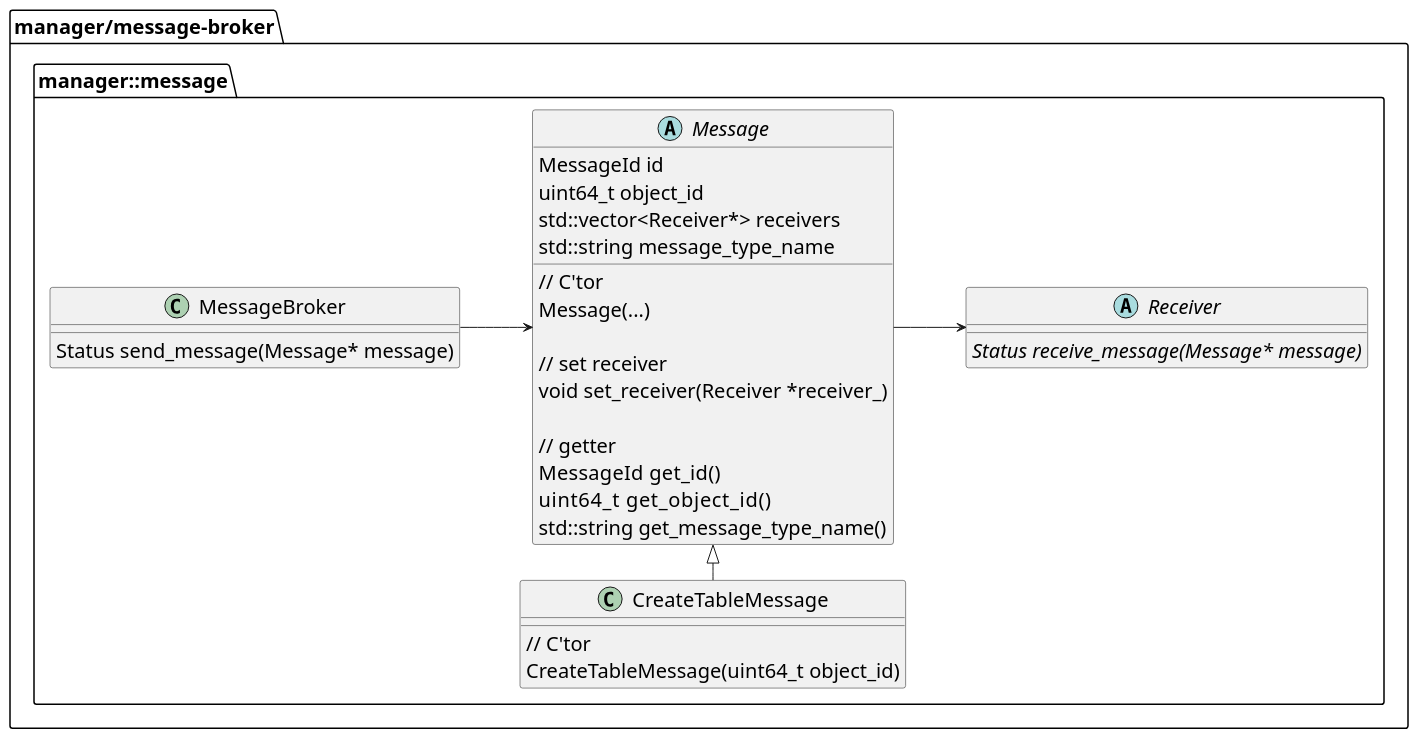
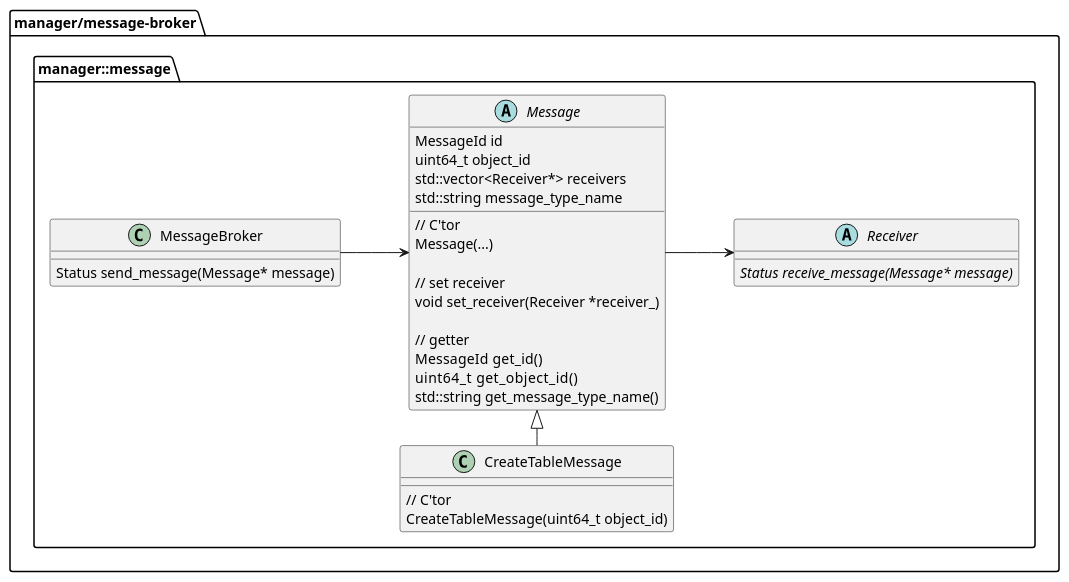
One commit to project-tsurugi/metadata-manager changed the diagram in message-broker/docs/img/Command_detail.pu. Above: the diagram before and after it, drawn with PlantUML. The commit also changed 1 other file, not shown here.

Commit message:
Fix font size

```diff
--- a/message-broker/docs/img/Command_detail.pu
+++ b/message-broker/docs/img/Command_detail.pu
@@ -4,43 +4,42 @@
 @startuml Command_detail
 left to right direction
-skinparam defaultFontSize 20
 
 package "manager/message-broker" {
   namespace manager::message{
     abstract class Receiver {
       {abstract} Status receive_message(Message* message)
     }
 
     abstract class Message{
     	{field}MessageId id　　　　　　
     	{field}uint64_t object_id　　
     	{field}std::vector<Receiver*> receivers
     	{field}std::string message_type_name
       {method}// C'tor
     	{method}Message(...)
       {method}
       {method}// set receiver
     	{method}void set_receiver(Receiver *receiver_)
       {method}
       {method}// getter
     	{method}MessageId  get_id()
     	{method}uint64_t    get_object_id()
     	{method}std::string get_message_type_name()
     }
 
     class CreateTableMessage {
       {method}// C'tor
     	{method}CreateTableMessage(uint64_t object_id)
     }
 
     class MessageBroker {
       {method}Status send_message(Message* message)
     }
 
     MessageBroker --> Message
     Message --> Receiver
     CreateTableMessage -|> Message
   }
 }
 
 @enduml
```
